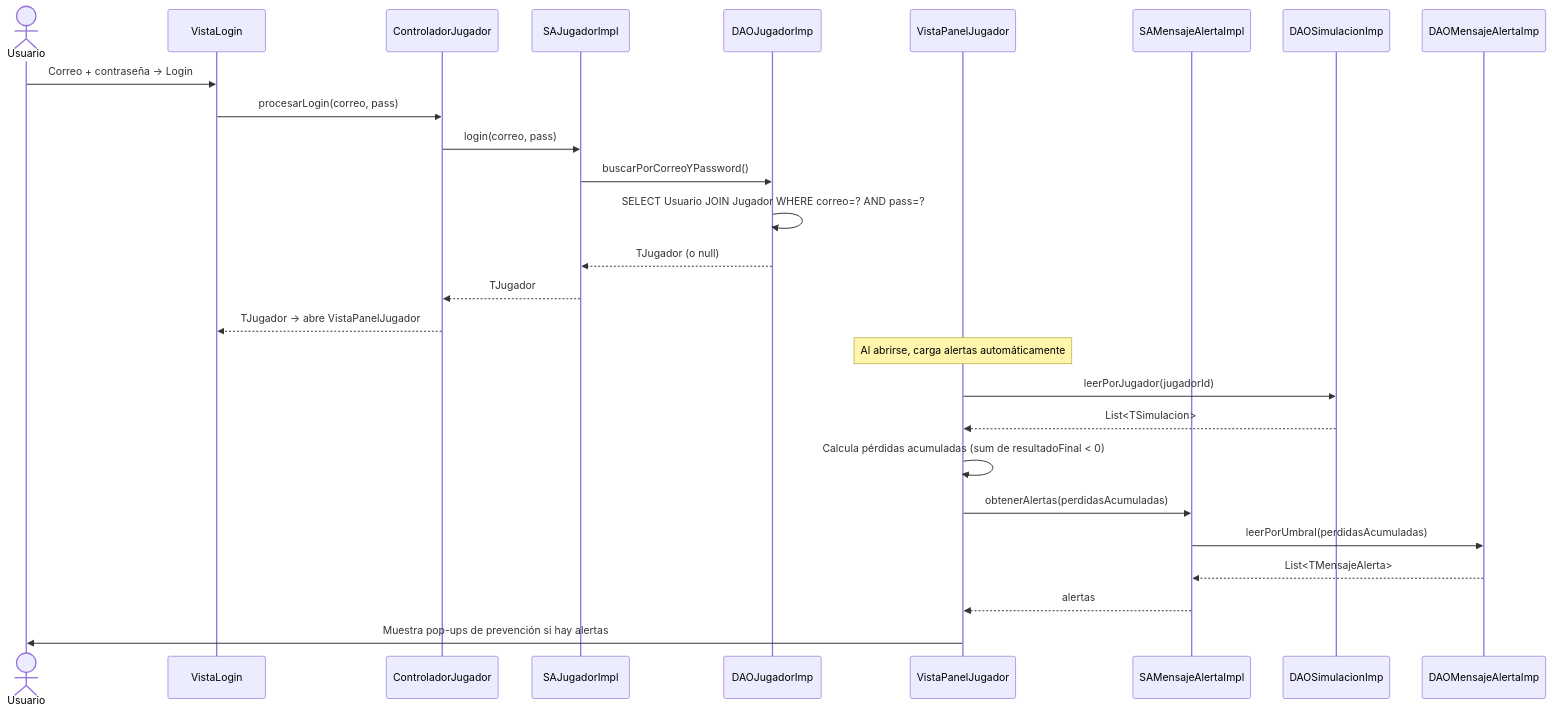
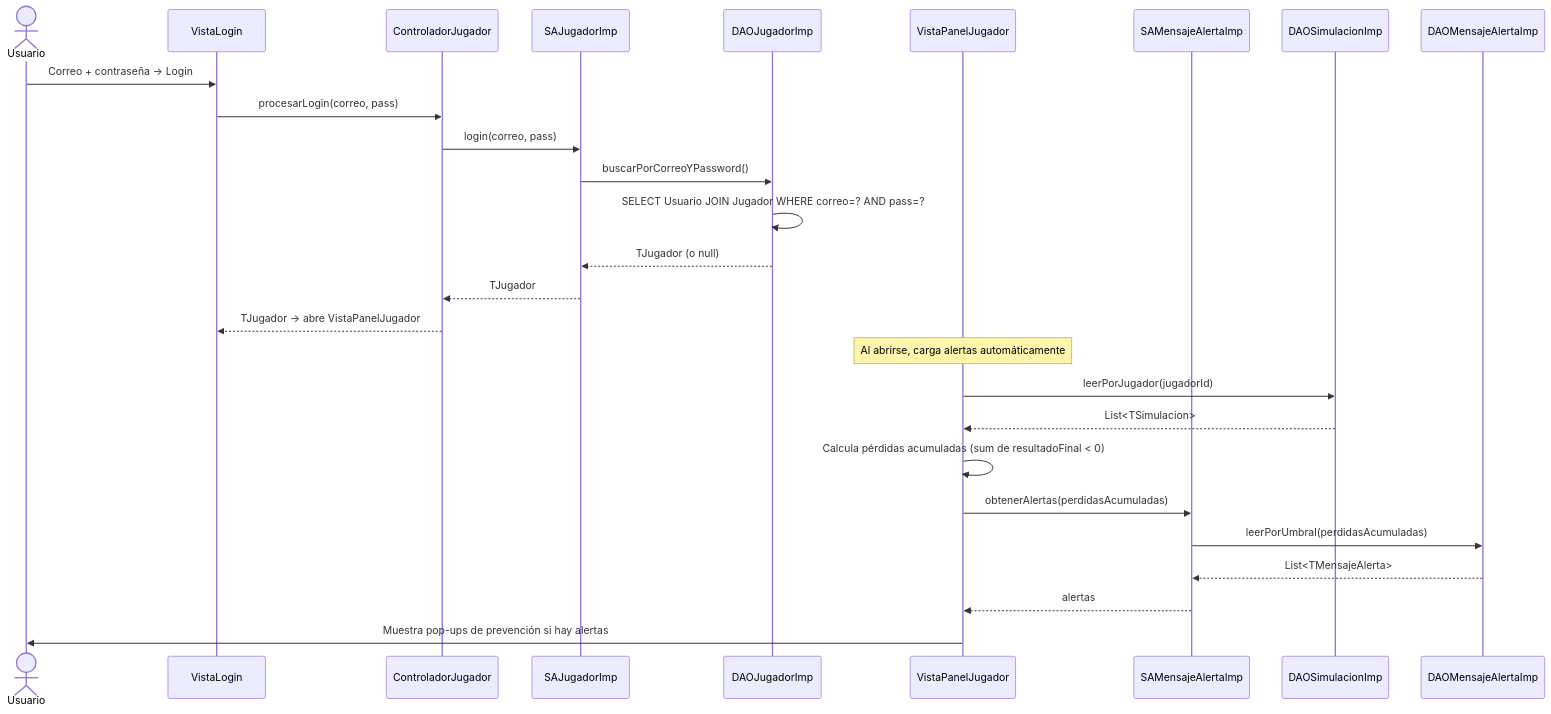
Before and after one commit to pelayp01/APUESTASUCM: the ninth of 14 diagrams in guias/guiaCompleta.md, drawn with Mermaid. The commit also changed other lines of this file, not shown here.

````diff
--- a/guias/guiaCompleta.md
+++ b/guias/guiaCompleta.md
@@ -492,31 +495,31 @@
 ```mermaid
 sequenceDiagram
     actor U as Usuario
     participant VL as VistaLogin
     participant C as ControladorJugador
-    participant SA as SAJugadorImpl
+    participant SA as SAJugadorImp
     participant DAO as DAOJugadorImp
     participant VP as VistaPanelJugador
-    participant SAAL as SAMensajeAlertaImpl
+    participant SAAL as SAMensajeAlertaImp
     participant DAOSI as DAOSimulacionImp
     participant DAOMA as DAOMensajeAlertaImp
 
     U->>VL: Correo + contraseña → Login
     VL->>C: procesarLogin(correo, pass)
     C->>SA: login(correo, pass)
     SA->>DAO: buscarPorCorreoYPassword()
     DAO->>DAO: SELECT Usuario JOIN Jugador WHERE correo=? AND pass=?
     DAO-->>SA: TJugador (o null)
     SA-->>C: TJugador
     C-->>VL: TJugador → abre VistaPanelJugador
 
     Note over VP: Al abrirse, carga alertas automáticamente
     VP->>DAOSI: leerPorJugador(jugadorId)
     DAOSI-->>VP: List<TSimulacion>
     VP->>VP: Calcula pérdidas acumuladas (sum de resultadoFinal < 0)
     VP->>SAAL: obtenerAlertas(perdidasAcumuladas)
     SAAL->>DAOMA: leerPorUmbral(perdidasAcumuladas)
     DAOMA-->>SAAL: List<TMensajeAlerta>
     SAAL-->>VP: alertas
     VP->>U: Muestra pop-ups de prevención si hay alertas
 ```
````
